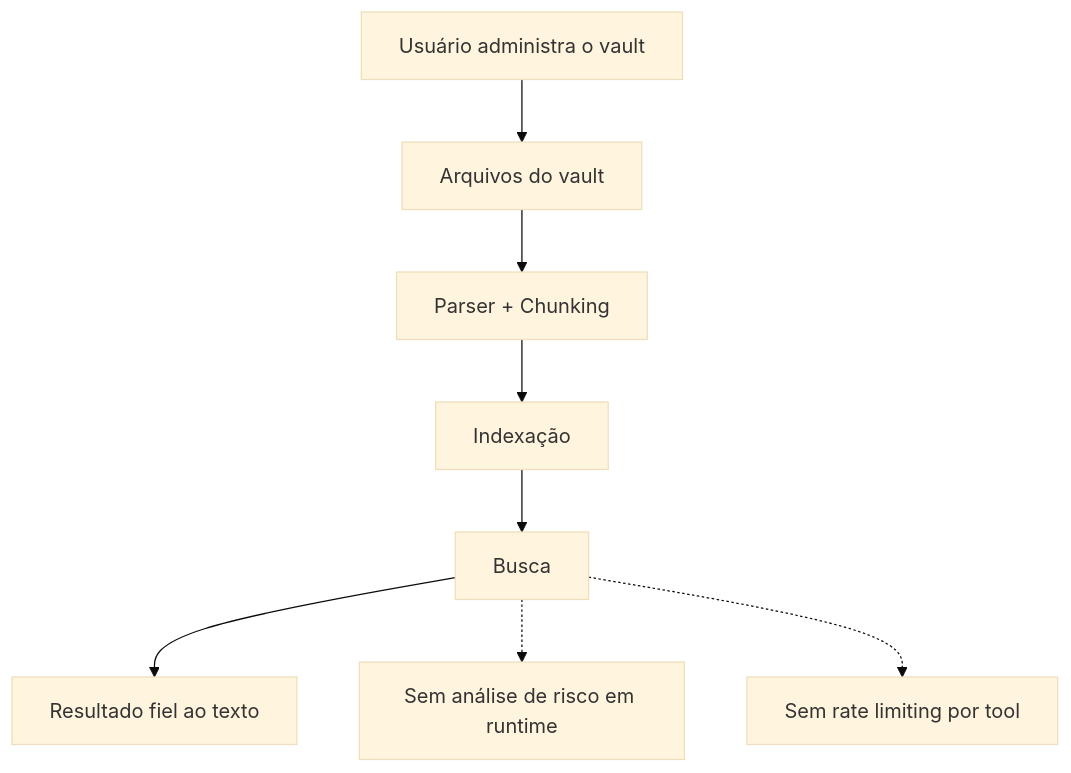
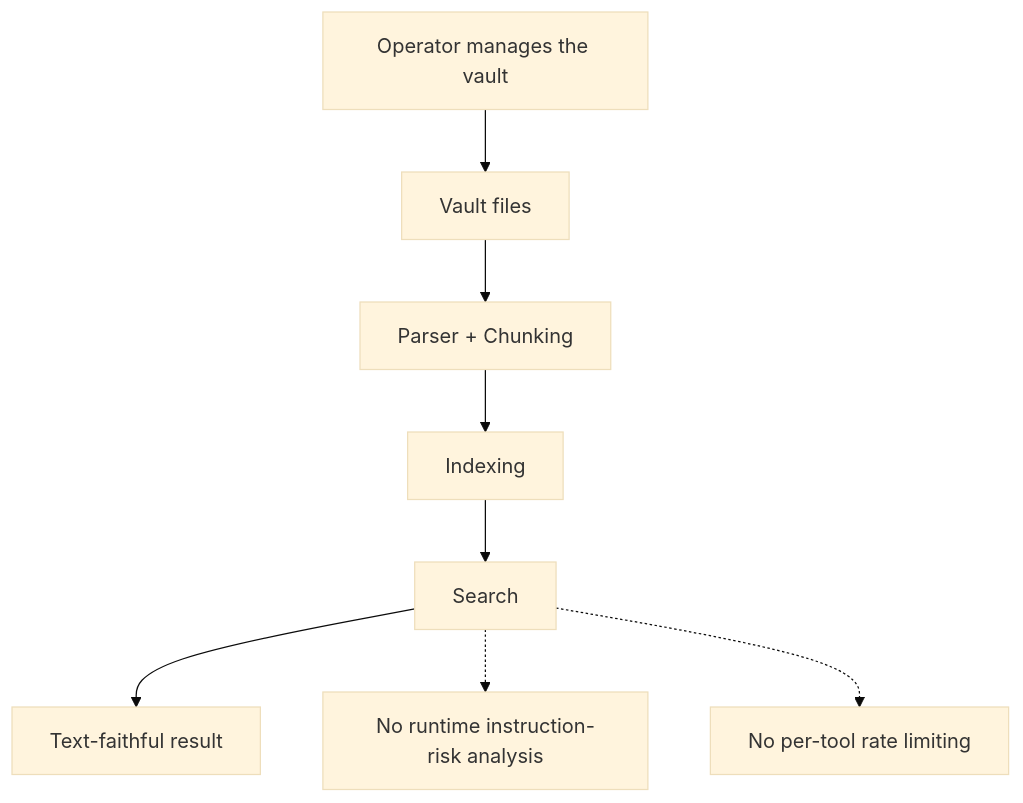
Before and after one commit to everton-dgn/vault-search-mcp: the second of 12 diagrams in docs/architecture/diagrams-features.md, drawn with Mermaid (base theme). The commit also changed other lines of this file and 200 other files, not shown here.

Commit message:
feat: prepare vault search for public release

````diff
--- a/docs/architecture/diagrams-features.md
+++ b/docs/architecture/diagrams-features.md
@@ -38,13 +38,13 @@
 ```mermaid
 flowchart TB
-    User[Usuário administra o vault] --> Source[Arquivos do vault]
+    User[Operator manages the vault] --> Source[Vault files]
     Source --> Parse[Parser + Chunking]
-    Parse --> Index[Indexação]
-    Index --> Search[Busca]
-    Search --> Output[Resultado fiel ao texto]
+    Parse --> Index[Indexing]
+    Index --> Search[Search]
+    Search --> Output[Text-faithful result]
 
-    Note1[Sem análise de risco em runtime]
-    Note2[Sem rate limiting por tool]
+    Note1[No runtime instruction-risk analysis]
+    Note2[No per-tool rate limiting]
     Search -.-> Note1
     Search -.-> Note2
 ```
````
